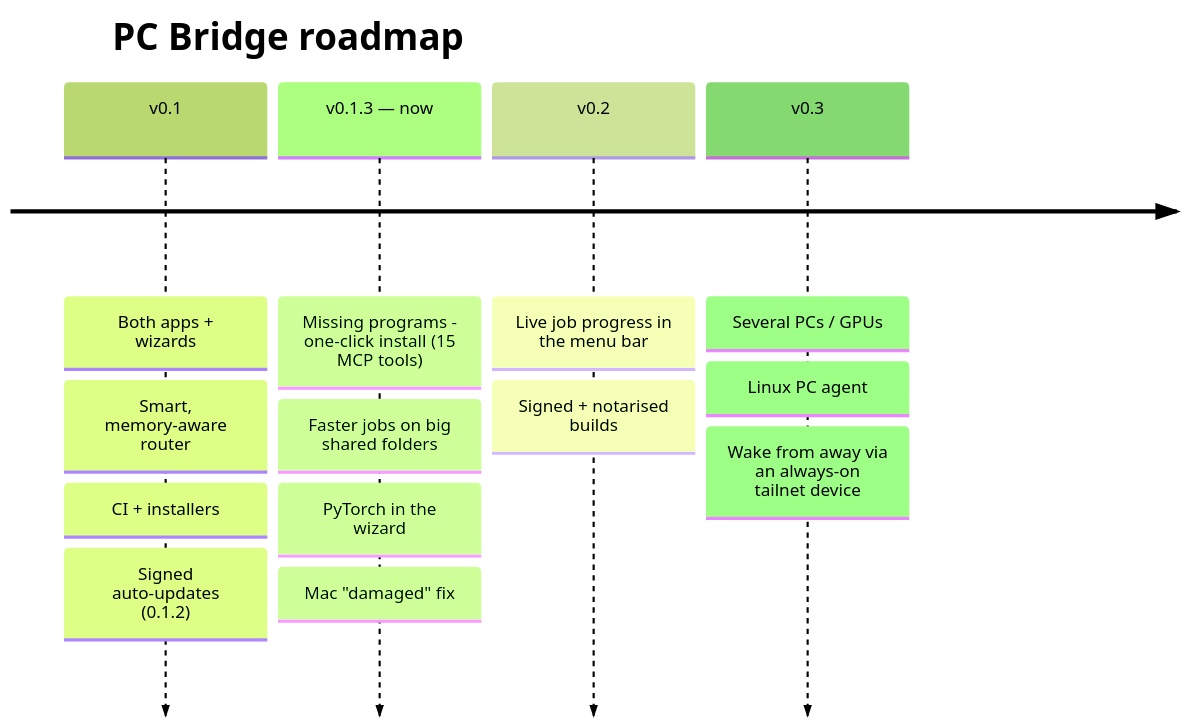
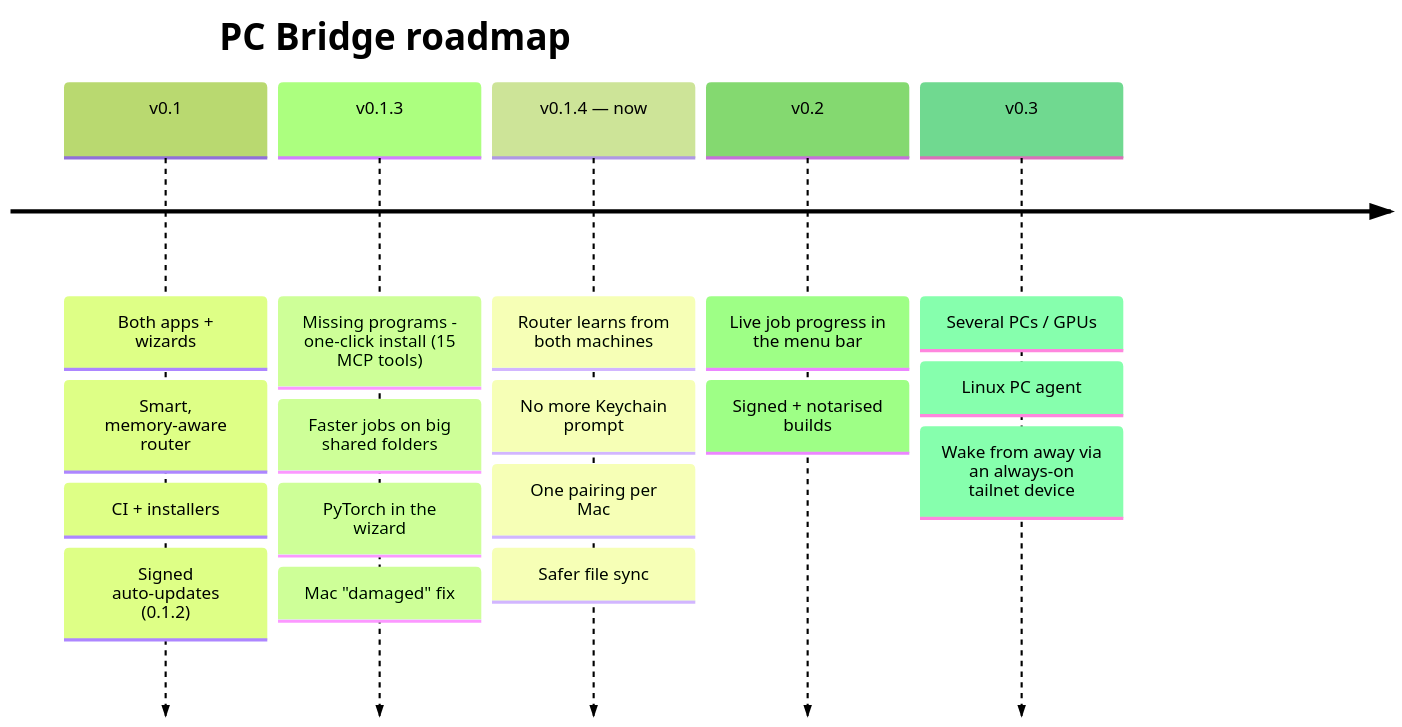
Before and after one commit to walidriachy/pc-gpu-bridge: the diagram in ROADMAP.md, drawn with Mermaid (forest theme). The commit also changed other lines of this file and 10 other files, not shown here.

````diff
--- a/ROADMAP.md
+++ b/ROADMAP.md
@@ -116,8 +130,9 @@
 ```mermaid
 timeline
   title PC Bridge roadmap
   v0.1 : Both apps + wizards : Smart, memory-aware router : CI + installers : Signed auto-updates (0.1.2)
-  v0.1.3 — now : Missing programs - one-click install (15 MCP tools) : Faster jobs on big shared folders : PyTorch in the wizard : Mac "damaged" fix
+  v0.1.3 : Missing programs - one-click install (15 MCP tools) : Faster jobs on big shared folders : PyTorch in the wizard : Mac "damaged" fix
+  v0.1.4 — now : Router learns from both machines : No more Keychain prompt : One pairing per Mac : Safer file sync
   v0.2 : Live job progress in the menu bar : Signed + notarised builds
   v0.3 : Several PCs / GPUs : Linux PC agent : Wake from away via an always-on tailnet device
 ```
````
